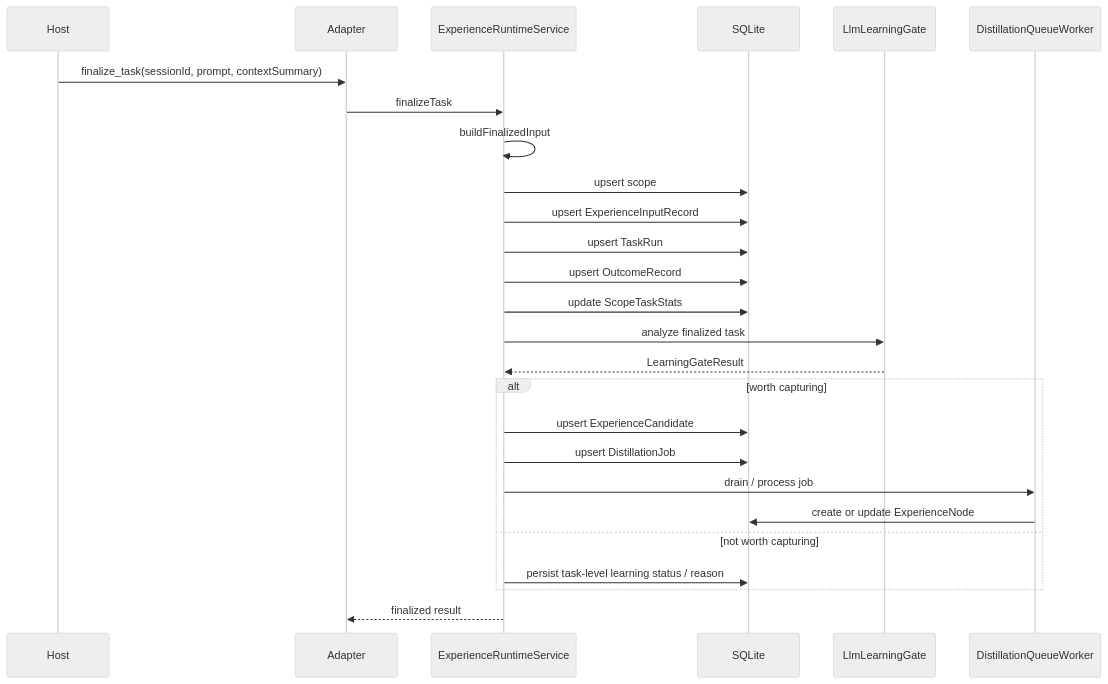
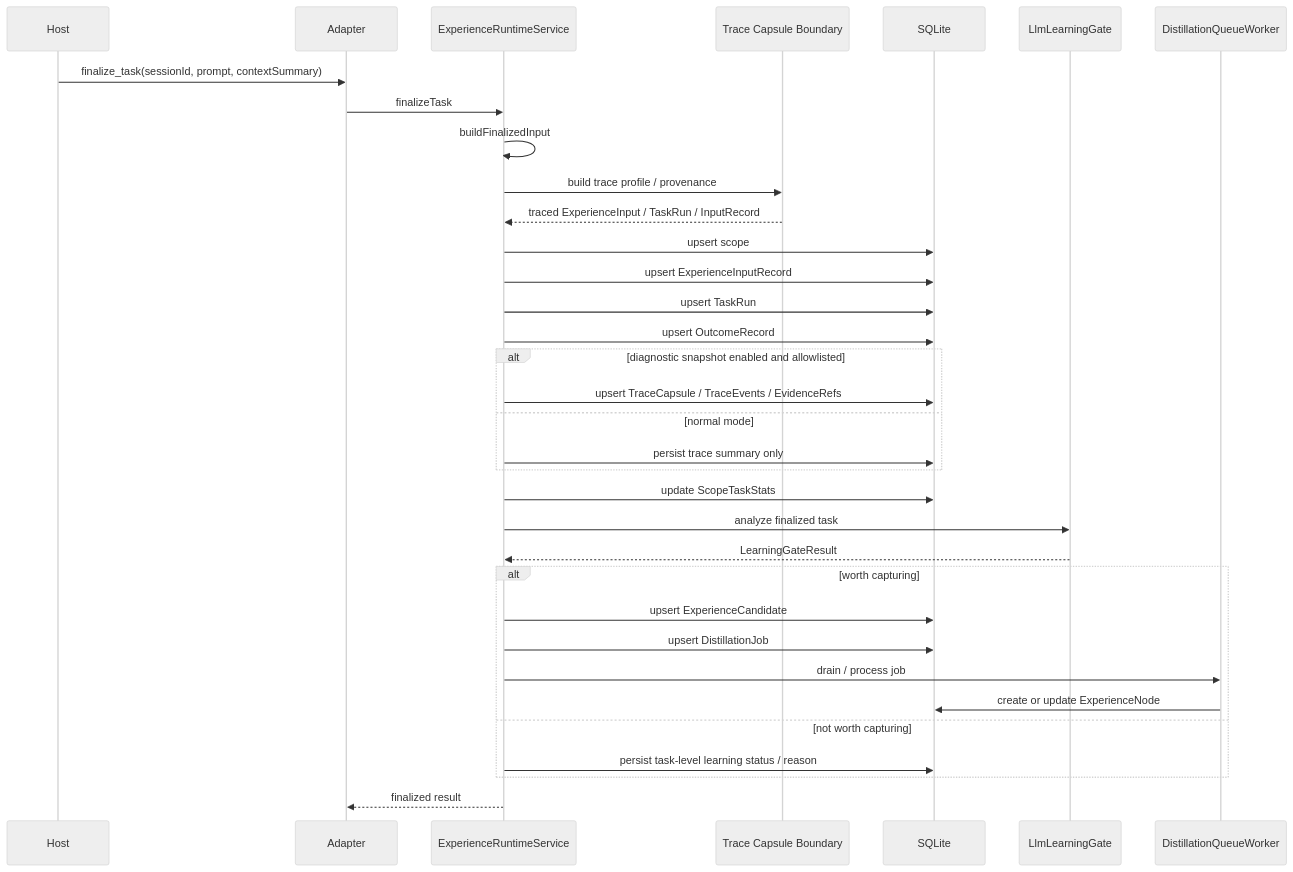
Before and after one commit to Alan-512/ExperienceEngine: the tenth of 13 diagrams in docs/development/architecture.md, drawn with Mermaid (neutral theme). The commit also changed other lines of this file and 2 other files, not shown here.

Commit message:
docs update v0.4.2 architecture state

````diff
--- a/docs/development/architecture.md
+++ b/docs/development/architecture.md
@@ -1369,29 +1481,37 @@
 ```mermaid
 sequenceDiagram
   participant Host
   participant Adapter
   participant Runtime as ExperienceRuntimeService
+  participant Trace as Trace Capsule Boundary
   participant Store as SQLite
   participant Gate as LlmLearningGate
   participant Worker as DistillationQueueWorker
 
   Host->>Adapter: finalize_task(sessionId, prompt, contextSummary)
   Adapter->>Runtime: finalizeTask
   Runtime->>Runtime: buildFinalizedInput
+  Runtime->>Trace: build trace profile / provenance
+  Trace-->>Runtime: traced ExperienceInput / TaskRun / InputRecord
   Runtime->>Store: upsert scope
   Runtime->>Store: upsert ExperienceInputRecord
   Runtime->>Store: upsert TaskRun
   Runtime->>Store: upsert OutcomeRecord
+  alt diagnostic snapshot enabled and allowlisted
+    Runtime->>Store: upsert TraceCapsule / TraceEvents / EvidenceRefs
+  else normal mode
+    Runtime->>Store: persist trace summary only
+  end
   Runtime->>Store: update ScopeTaskStats
   Runtime->>Gate: analyze finalized task
   Gate-->>Runtime: LearningGateResult
   alt worth capturing
     Runtime->>Store: upsert ExperienceCandidate
     Runtime->>Store: upsert DistillationJob
     Runtime->>Worker: drain / process job
     Worker->>Store: create or update ExperienceNode
   else not worth capturing
     Runtime->>Store: persist task-level learning status / reason
   end
   Runtime-->>Adapter: finalized result
 ```
````
